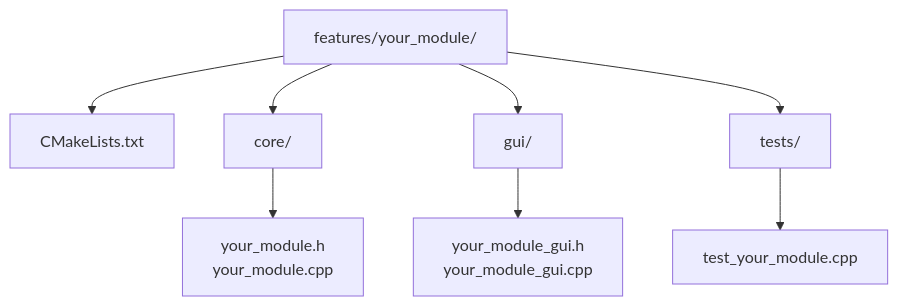
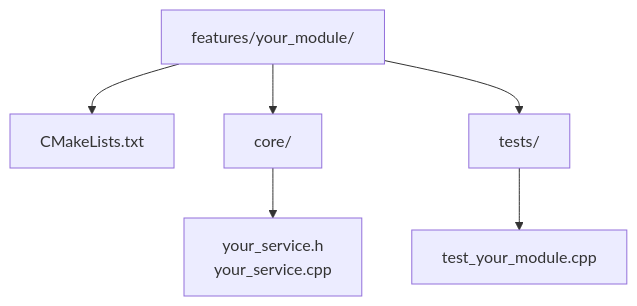
One commit to LotusAndCompany/devtools changed the second of 2 diagrams in docs/ja/CONTRIBUTING.md. Above: the diagram before and after it, drawn with Mermaid. The commit also changed other lines of this file and 141 other files, not shown here.

````diff
--- a/docs/ja/CONTRIBUTING.md
+++ b/docs/ja/CONTRIBUTING.md
@@ -246,11 +246,9 @@
    ```mermaid
    flowchart TD
        module["features/your_module/"]
        module --> cmake["CMakeLists.txt"]
        module --> core["core/"]
-       core --> core_files["your_module.h<br/>your_module.cpp"]
-       module --> gui["gui/"]
-       gui --> gui_files["your_module_gui.h<br/>your_module_gui.cpp"]
+       core --> core_files["your_service.h<br/>your_service.cpp"]
        module --> tests["tests/"]
        tests --> test_file["test_your_module.cpp"]
    ```
````
